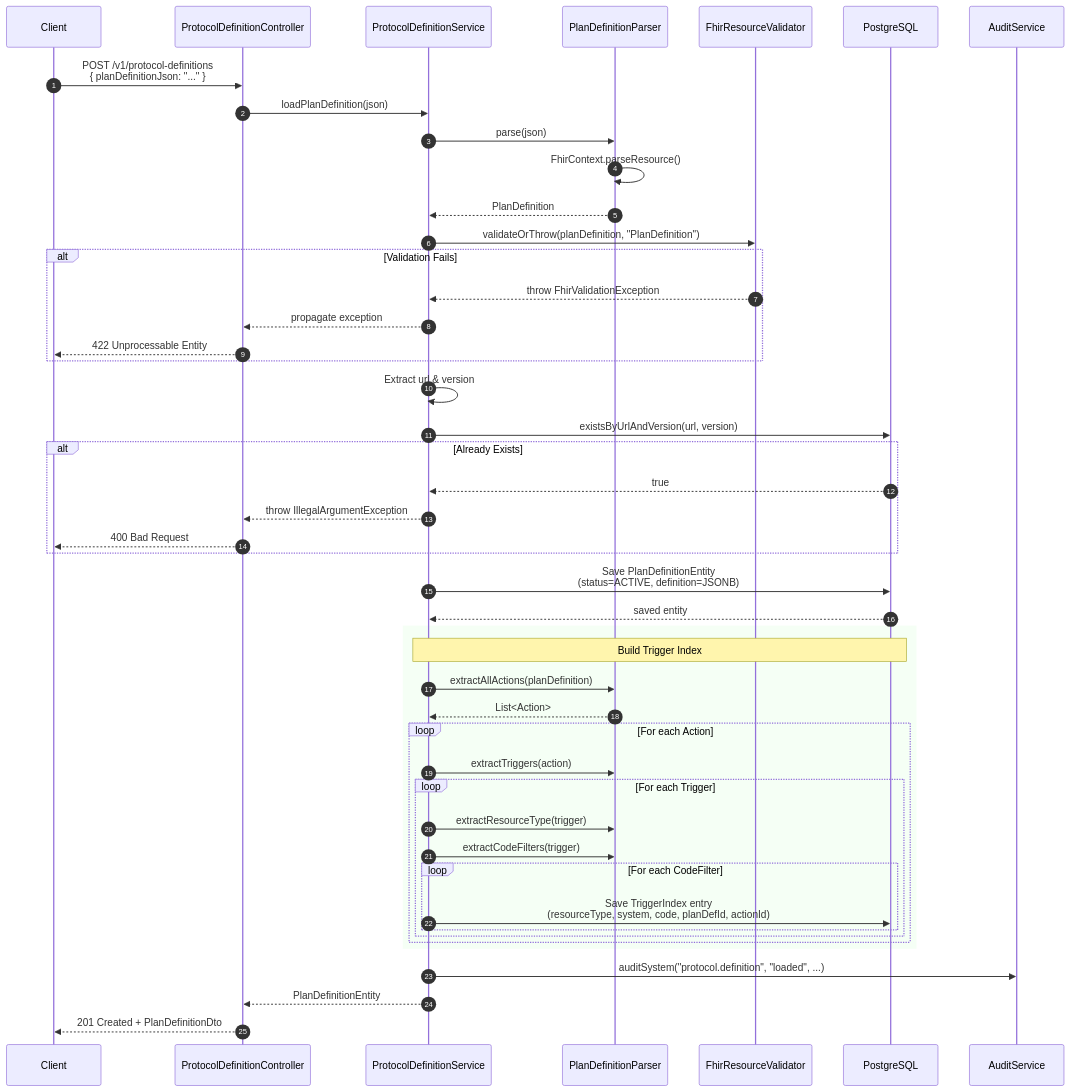
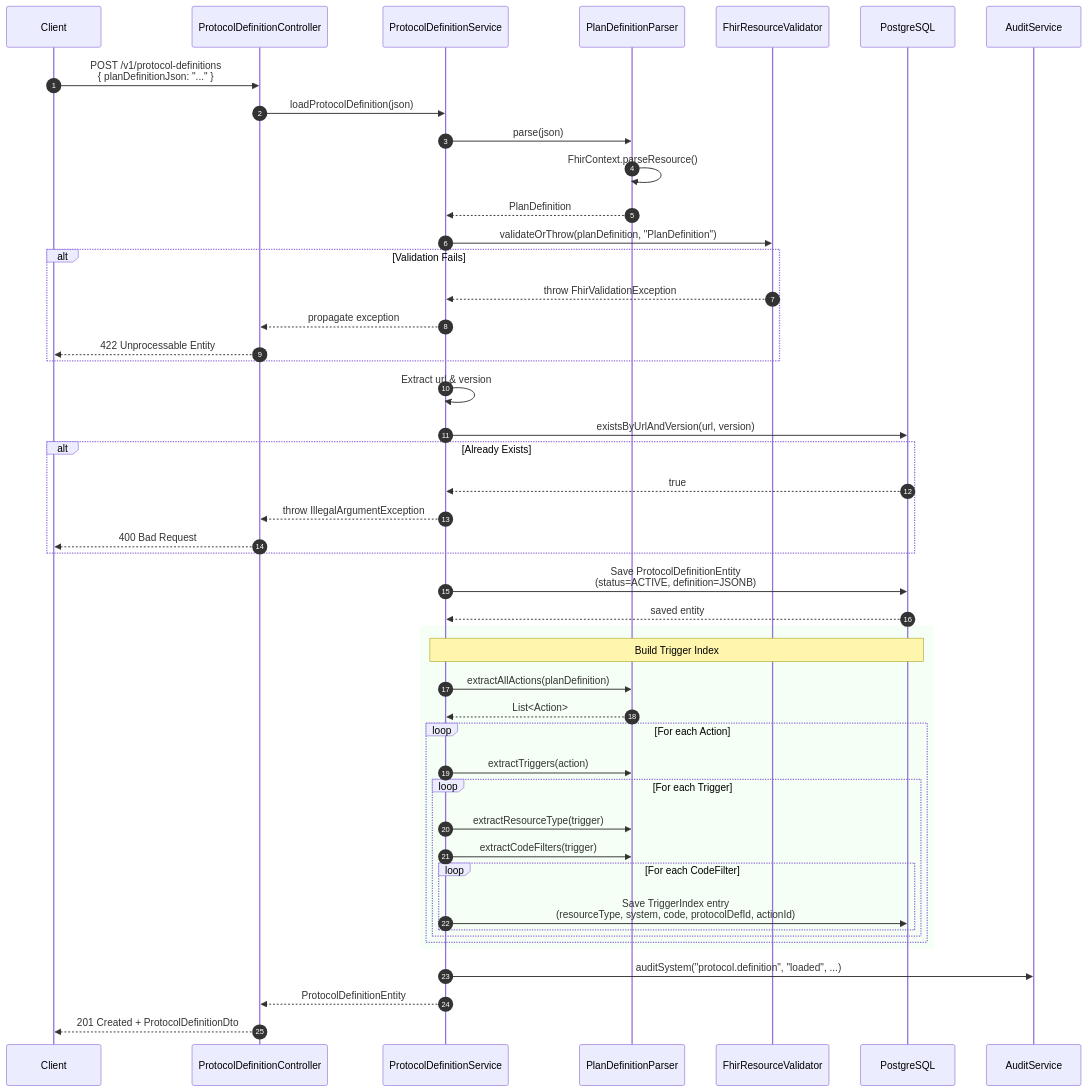
The second of 7 diagrams in docs/flow-diagrams.md (Jayaprakash8887/cce-compliance-service), drawn with Mermaid before and after one commit. The commit also changed other lines of this file and 4 other files, not shown here.

````diff
--- a/docs/flow-diagrams.md
+++ b/docs/flow-diagrams.md
@@ -127,57 +127,57 @@
 ```mermaid
 sequenceDiagram
     autonumber
     participant Client
     participant Controller as ProtocolDefinitionController
     participant Service as ProtocolDefinitionService
     participant Parser as PlanDefinitionParser
     participant Validator as FhirResourceValidator
     participant DB as PostgreSQL
     participant Audit as AuditService
 
     Client->>Controller: POST /v1/protocol-definitions<br/>{ planDefinitionJson: "..." }
-    Controller->>Service: loadPlanDefinition(json)
+    Controller->>Service: loadProtocolDefinition(json)
 
     Service->>Parser: parse(json)
     Parser->>Parser: FhirContext.parseResource()
     Parser-->>Service: PlanDefinition
 
     Service->>Validator: validateOrThrow(planDefinition, "PlanDefinition")
     alt Validation Fails
         Validator-->>Service: throw FhirValidationException
         Service-->>Controller: propagate exception
         Controller-->>Client: 422 Unprocessable Entity
     end
 
     Service->>Service: Extract url & version
     Service->>DB: existsByUrlAndVersion(url, version)
     alt Already Exists
         DB-->>Service: true
         Service-->>Controller: throw IllegalArgumentException
         Controller-->>Client: 400 Bad Request
     end
 
-    Service->>DB: Save PlanDefinitionEntity<br/>(status=ACTIVE, definition=JSONB)
+    Service->>DB: Save ProtocolDefinitionEntity<br/>(status=ACTIVE, definition=JSONB)
     DB-->>Service: saved entity
 
     rect rgb(245, 255, 245)
         Note over Service,DB: Build Trigger Index
         Service->>Parser: extractAllActions(planDefinition)
         Parser-->>Service: List<Action>
 
         loop For each Action
             Service->>Parser: extractTriggers(action)
             loop For each Trigger
                 Service->>Parser: extractResourceType(trigger)
                 Service->>Parser: extractCodeFilters(trigger)
                 loop For each CodeFilter
-                    Service->>DB: Save TriggerIndex entry<br/>(resourceType, system, code, planDefId, actionId)
+                    Service->>DB: Save TriggerIndex entry<br/>(resourceType, system, code, protocolDefId, actionId)
                 end
             end
         end
     end
 
     Service->>Audit: auditSystem("protocol.definition", "loaded", ...)
-    Service-->>Controller: PlanDefinitionEntity
-    Controller-->>Client: 201 Created + PlanDefinitionDto
+    Service-->>Controller: ProtocolDefinitionEntity
+    Controller-->>Client: 201 Created + ProtocolDefinitionDto
 ```
````
